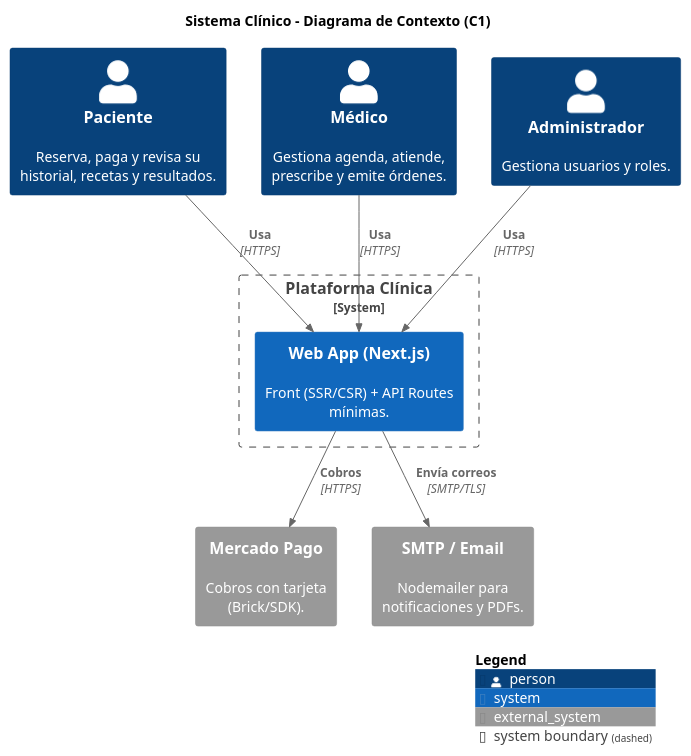
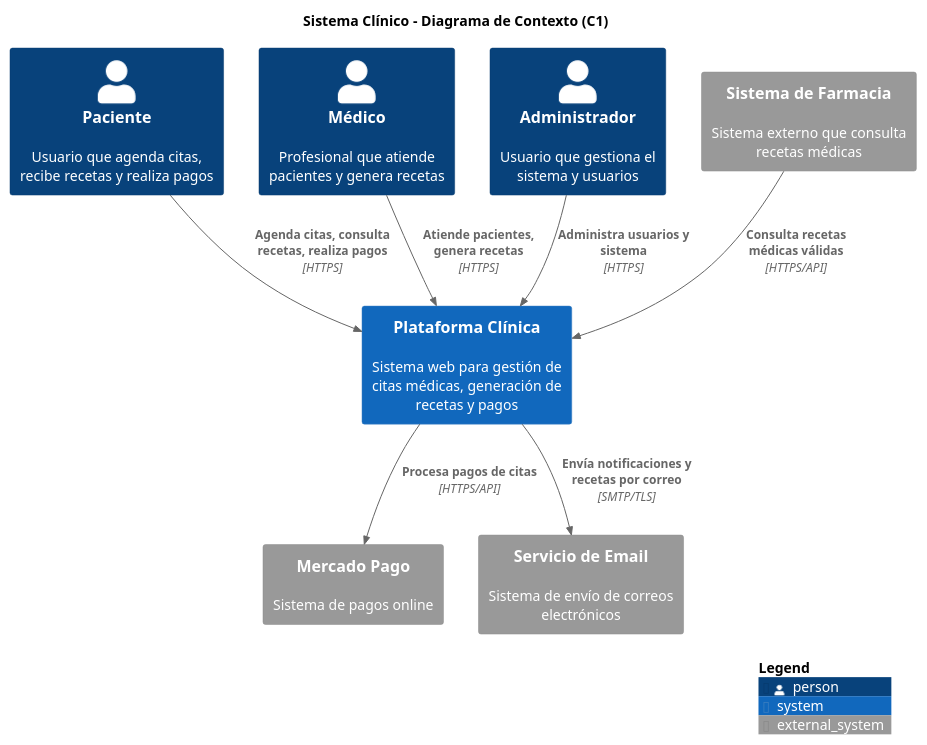
One commit to fredanup/prescripcion-medica changed the diagram in diagrams/c4/c4-context.puml. Above: the diagram before and after it, drawn with PlantUML. The commit also changed 1 other file, not shown here.

```diff
--- a/diagrams/c4/c4-context.puml
+++ b/diagrams/c4/c4-context.puml
@@ -1,26 +1,26 @@
 @startuml C1-Contexto
 ' ==== Includes C4 ====
 !include https://raw.githubusercontent.com/plantuml-stdlib/C4-PlantUML/master/C4_Context.puml
 
 title Sistema Clínico – Diagrama de Contexto (C1)
 
-Person(paciente, "Paciente", "Reserva, paga y revisa su historial, recetas y resultados.")
-Person(medico, "Médico", "Gestiona agenda, atiende, prescribe y emite órdenes.")
-Person(admin, "Administrador", "Gestiona usuarios y roles.")
+Person(paciente, "Paciente", "Usuario que agenda citas, recibe recetas y realiza pagos")
+Person(medico, "Médico", "Profesional que atiende pacientes y genera recetas")
+Person(admin, "Administrador", "Usuario que gestiona el sistema y usuarios")
 
-System_Boundary(sys, "Plataforma Clínica") {
-  System(webapp, "Web App (Next.js)", "Front (SSR/CSR) + API Routes mínimas.")
-}
+System(clinica, "Plataforma Clínica", "Sistema web para gestión de citas médicas, generación de recetas y pagos")
 
-System_Ext(mpago, "Mercado Pago", "Cobros con tarjeta (Brick/SDK).")
-System_Ext(smtp, "SMTP / Email", "Nodemailer para notificaciones y PDFs.")
+System_Ext(mercadopago, "Mercado Pago", "Sistema de pagos online")
+System_Ext(email, "Servicio de Email", "Sistema de envío de correos electrónicos")
+System_Ext(farmacia, "Sistema de Farmacia", "Sistema externo que consulta recetas médicas")
 
-Rel(paciente, webapp, "Usa", "HTTPS")
-Rel(medico, webapp, "Usa", "HTTPS")
-Rel(admin,  webapp, "Usa", "HTTPS")
+Rel(paciente, clinica, "Agenda citas, consulta recetas, realiza pagos", "HTTPS")
+Rel(medico, clinica, "Atiende pacientes, genera recetas", "HTTPS")
+Rel(admin, clinica, "Administra usuarios y sistema", "HTTPS")
 
-Rel(webapp, mpago, "Cobros", "HTTPS")
-Rel(webapp, smtp,  "Envía correos", "SMTP/TLS")
+Rel(clinica, mercadopago, "Procesa pagos de citas", "HTTPS/API")
+Rel(clinica, email, "Envía notificaciones y recetas por correo", "SMTP/TLS")
+Rel(farmacia, clinica, "Consulta recetas médicas válidas", "HTTPS/API")
 
 SHOW_LEGEND()
 @enduml
```
